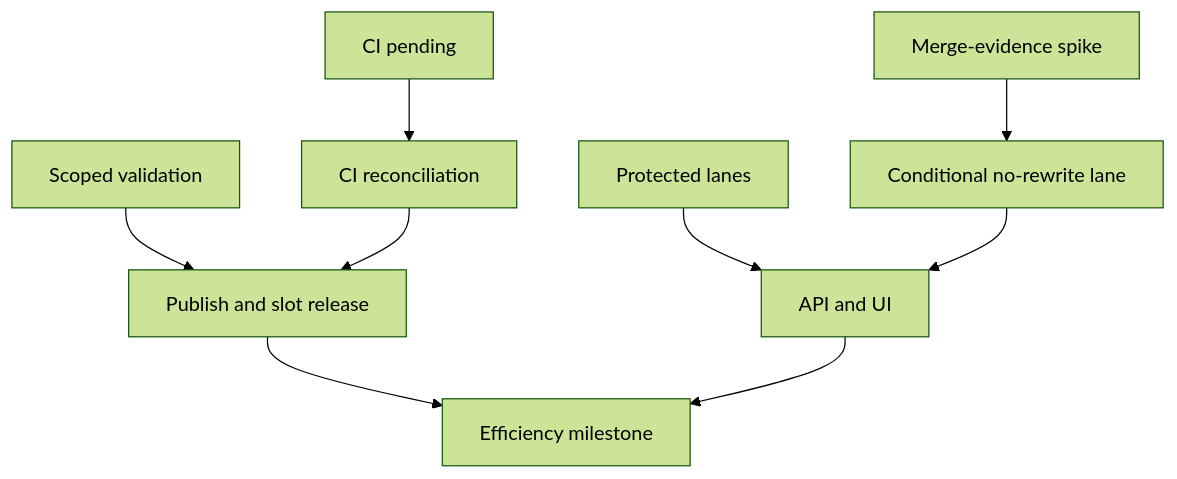
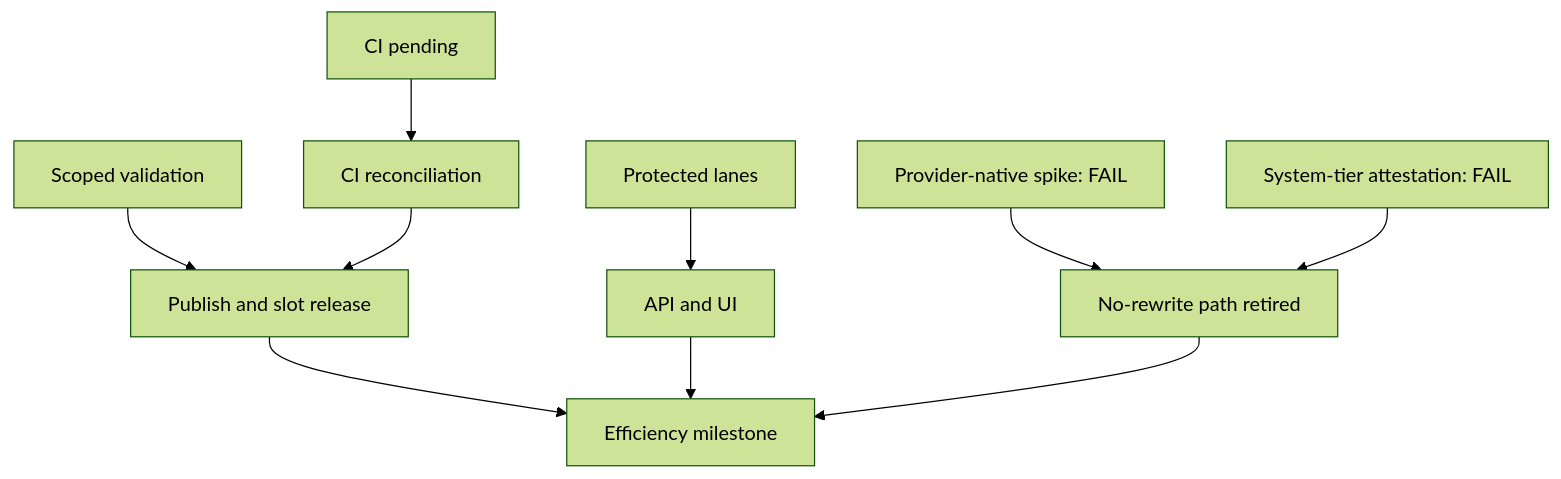
The second of 2 diagrams in docs/atlas/parallel-delivery-efficiency-and-integration-control.md (derekrivers/atlas), drawn with Mermaid (forest theme) before and after one commit. The commit also changed other lines of this file and 2 other files, not shown here.

Commit message:
ATLAS-260 pin execution identity and retired lane

````diff
--- a/docs/atlas/parallel-delivery-efficiency-and-integration-control.md
+++ b/docs/atlas/parallel-delivery-efficiency-and-integration-control.md
@@ -585,11 +585,12 @@
 ```mermaid
 flowchart TD
     V["Scoped validation"] --> W["Publish and slot release"]
     C["CI pending"] --> R["CI reconciliation"]
     R --> W
     L["Protected lanes"] --> A["API and UI"]
-    S["Merge-evidence spike"] --> N["Conditional no-rewrite lane"]
-    N --> A
+    S["Provider-native spike: FAIL"] --> X["No-rewrite path retired"]
+    T["System-tier attestation: FAIL"] --> X
     W --> M["Efficiency milestone"]
     A --> M
+    X --> M
 ```
````
